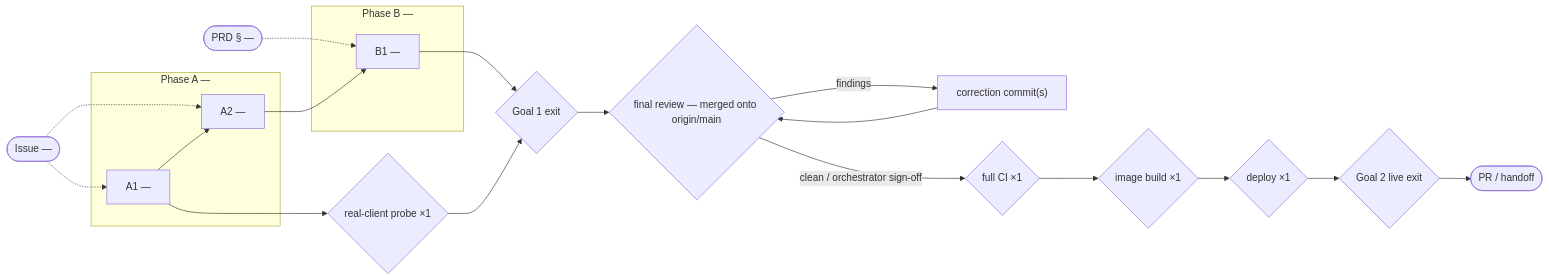
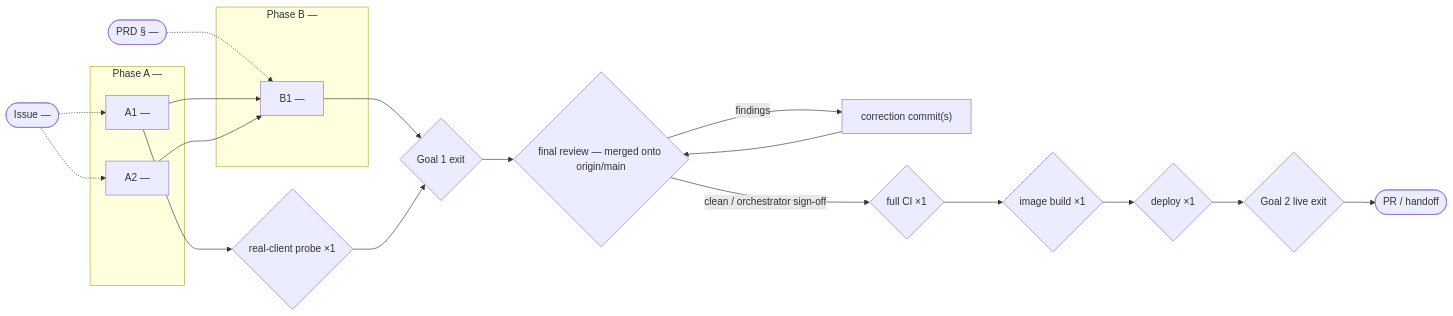
Before and after one commit to carboni123/goal-driven-implementation: the second of 2 diagrams in skills/goal-driven-implementation/assets/plan-template.md, drawn with Mermaid. The commit also changed other lines of this file and 13 other files, not shown here.

````diff
--- a/skills/goal-driven-implementation/assets/plan-template.md
+++ b/skills/goal-driven-implementation/assets/plan-template.md
@@ -218,31 +222,31 @@
 ```mermaid
 flowchart LR
   IN1(["Issue <n> — <gist>"])
   IN2(["PRD §<n> — <gist>"])
 
   subgraph PA["Phase A — <milestone>"]
-    A1["A1 — <title>"]
-    A2["A2 — <title> ⚠"]
+    A1["A1 — <title> ∥1"]
+    A2["A2 — <title> ⚠ ∥1"]
   end
 
   subgraph PB["Phase B — <milestone>"]
     B1["B1 — <title>"]
   end
 
   IN1 -.-> A1
   IN1 -.-> A2
   IN2 -.-> B1
-  A1 --> A2
+  A1 --> B1
   A2 --> B1
   A1 --> PROBE{"real-client probe ×1"}
   B1 --> G1{"Goal 1 exit"}
   PROBE --> G1
   G1 --> FR{"final review — merged onto origin/main"}
   FR -- findings --> FIX["correction commit(s)"]
   FIX --> FR
   FR -- "clean / orchestrator sign-off" --> CI{"full CI ×1"}
   CI --> BUILD{"image build ×1"}
   BUILD --> DEPLOY{"deploy ×1"}
   DEPLOY --> G2{"Goal 2 live exit"}
   G2 --> PR(["PR / handoff"])
 ```
````
